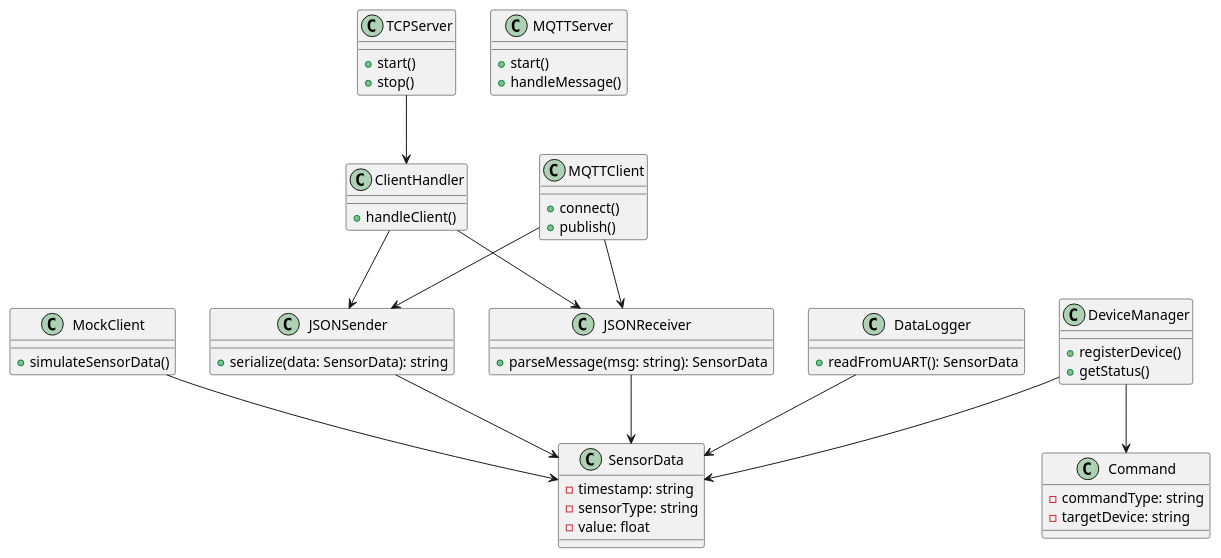
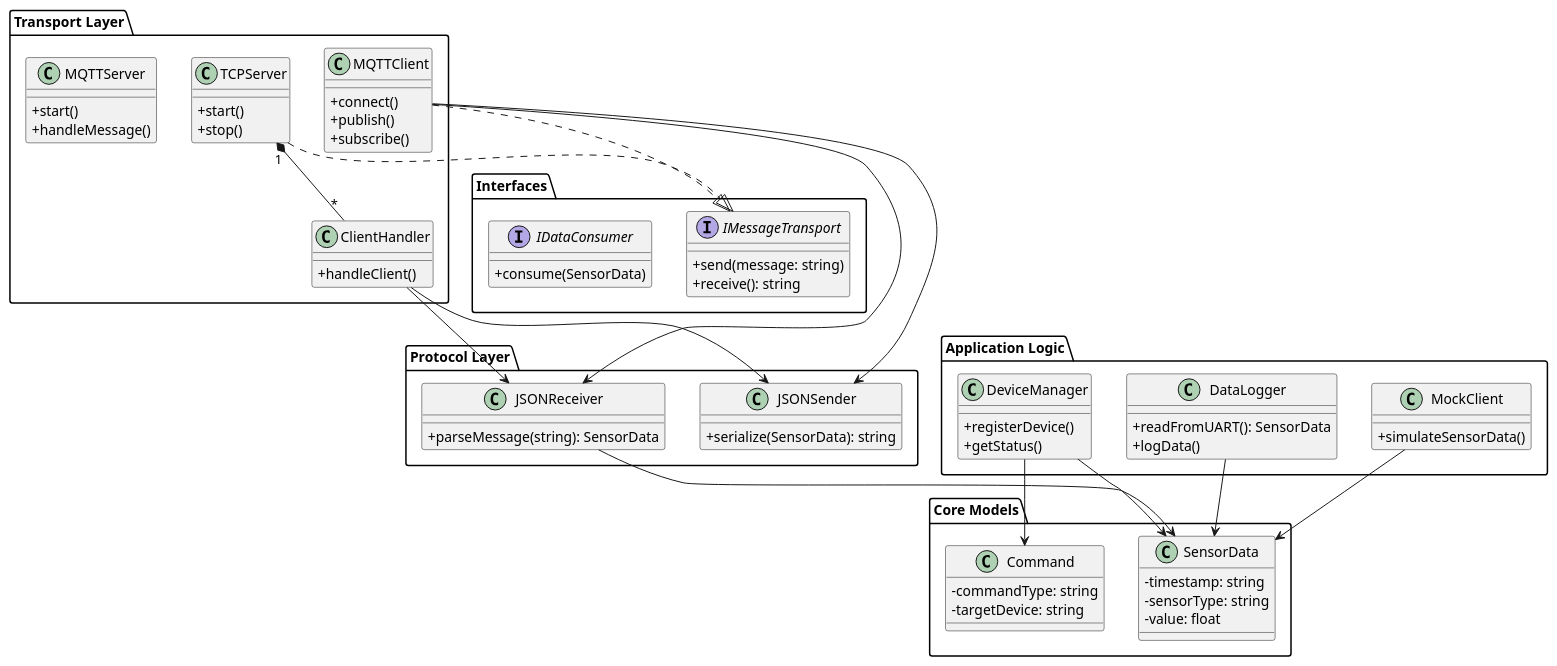
Before and after one commit to moafkaljabi/IoTControl: the diagram in c++/docs/design.wsd, drawn with PlantUML. The commit also changed 4 other files, not shown here.

```diff
--- a/c++/docs/design.wsd
+++ b/c++/docs/design.wsd
@@ -1,63 +1,90 @@
-@startuml IoTControlDesgin  
+@startuml IoTDesign
+skinparam classAttributeIconSize 0
 
-' TRANSPORT LAYER
-class TCPServer {
-  +start()
-  +stop()
-}
-class ClientHandler {
-  +handleClient()
-}
-class MQTTClient {
-  +connect()
-  +publish()
-}
-class MQTTServer {
-  +start()
-  +handleMessage()
-}
-TCPServer --> ClientHandler
+package "Transport Layer" {
+    class TCPServer {
+        +start()
+        +stop()
+    }
 
-' PROTOCOL LAYER
-class JSONReceiver {
-  +parseMessage(msg: string): SensorData
-}
-class JSONSender {
-  +serialize(data: SensorData): string
+    class ClientHandler {
+        +handleClient()
+    }
+
+    class MQTTClient {
+        +connect()
+        +publish()
+        +subscribe()
+    }
+
+    class MQTTServer {
+        +start()
+        +handleMessage()
+    }
+
+    TCPServer "1" *-- "*" ClientHandler
 }
 
+package "Protocol Layer" {
+    class JSONReceiver {
+        +parseMessage(string): SensorData
+    }
+
+    class JSONSender {
+        +serialize(SensorData): string
+    }
+}
+
+package "Application Logic" {
+    class DataLogger {
+        +readFromUART(): SensorData
+        +logData()
+    }
+
+    class MockClient {
+        +simulateSensorData()
+    }
+
+    class DeviceManager {
+        +registerDevice()
+        +getStatus()
+    }
+}
+
+package "Core Models" {
+    class SensorData {
+        -timestamp: string
+        -sensorType: string
+        -value: float
+    }
+
+    class Command {
+        -commandType: string
+        -targetDevice: string
+    }
+}
+
+package "Interfaces" {
+    interface IMessageTransport {
+        +send(message: string)
+        +receive(): string
+    }
+
+    interface IDataConsumer {
+        +consume(SensorData)
+    }
+}
+
+TCPServer ..|> IMessageTransport
+MQTTClient ..|> IMessageTransport
 ClientHandler --> JSONReceiver
 ClientHandler --> JSONSender
 MQTTClient --> JSONReceiver
 MQTTClient --> JSONSender
-
-' CORE MODELS
-class SensorData {
-  -timestamp: string
-  -sensorType: string
-  -value: float
-}
-class Command {
-  -commandType: string
-  -targetDevice: string
-}
 JSONReceiver --> SensorData
-JSONSender --> SensorData
-
-' LOGIC LAYER
-class DataLogger {
-  +readFromUART(): SensorData
-}
-class MockClient {
-  +simulateSensorData()
-}
-class DeviceManager {
-  +registerDevice()
-  +getStatus()
-}
 DataLogger --> SensorData
 MockClient --> SensorData
 DeviceManager --> SensorData
 DeviceManager --> Command
 
 @enduml
```
